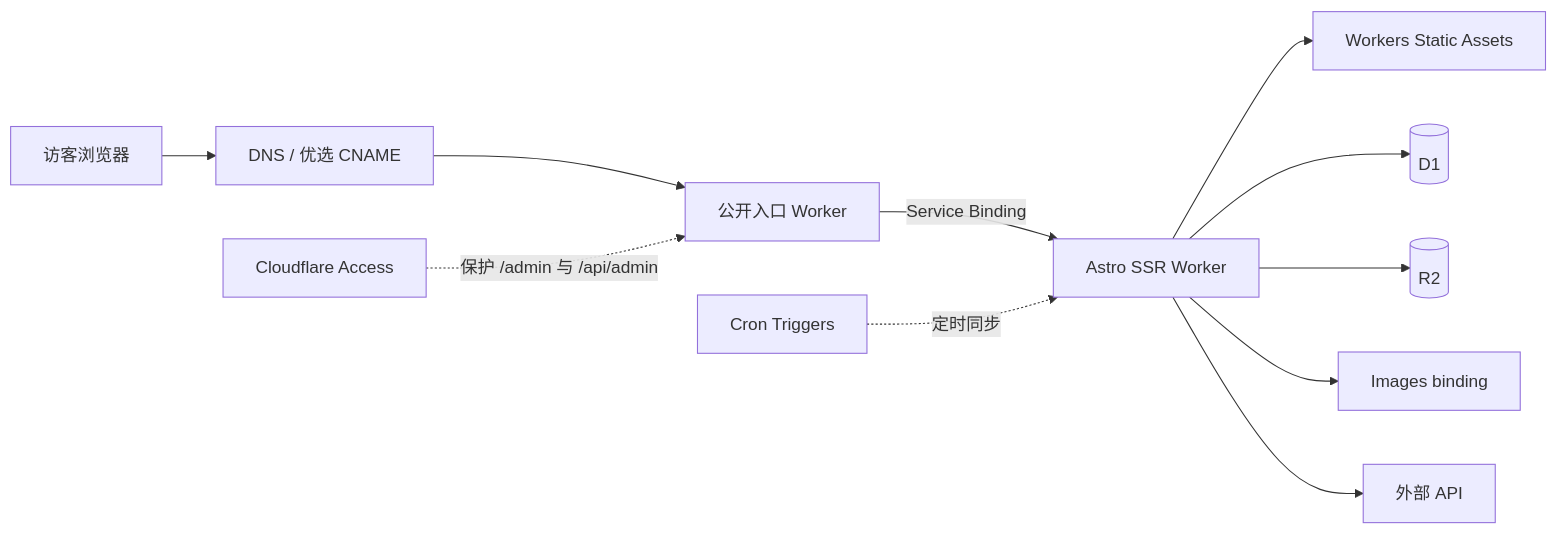
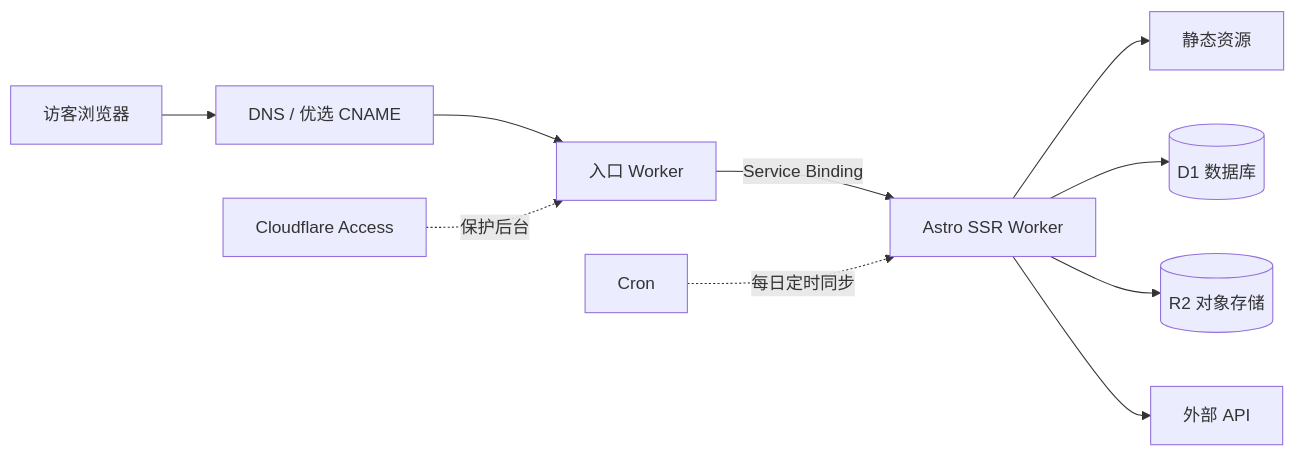
The first of 2 diagrams in src/content/blog/基于Cloudflare构建个人网站.md (Edmounds/blog_web), drawn with Mermaid before and after one commit. The commit also changed other lines of this file and 1 other file, not shown here.

Commit message:
Rewrite Cloudflare architecture post and draft Actions automation post

````diff
--- a/src/content/blog/基于Cloudflare构建个人网站.md
+++ b/src/content/blog/基于Cloudflare构建个人网站.md
@@ -28,14 +19,13 @@
 ```mermaid
 flowchart LR
   V[访客浏览器] --> D[DNS / 优选 CNAME]
-  D --> E[公开入口 Worker]
+  D --> E[入口 Worker]
   E -->|Service Binding| A[Astro SSR Worker]
-  A --> S[Workers Static Assets]
-  A --> Q[(D1)]
-  A --> R[(R2)]
-  A --> I[Images binding]
+  A --> S[静态资源]
+  A --> Q[(D1 数据库)]
+  A --> R[(R2 对象存储)]
   A --> X[外部 API]
 
-  C[Cloudflare Access] -.保护 /admin 与 /api/admin.-> E
-  K[Cron Triggers] -.定时同步.-> A
+  C[Cloudflare Access] -.保护后台.-> E
+  K[Cron] -.每日定时同步.-> A
 ```
````
